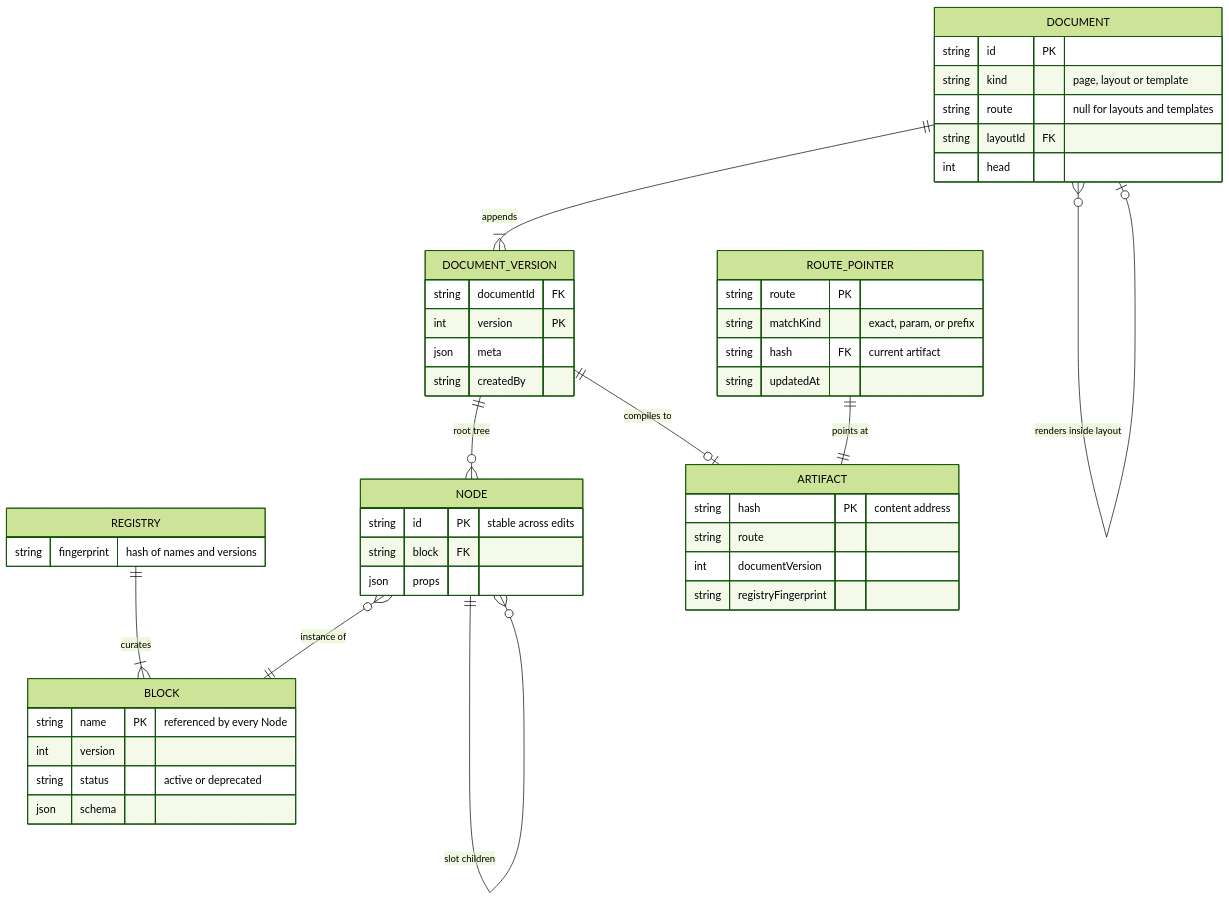
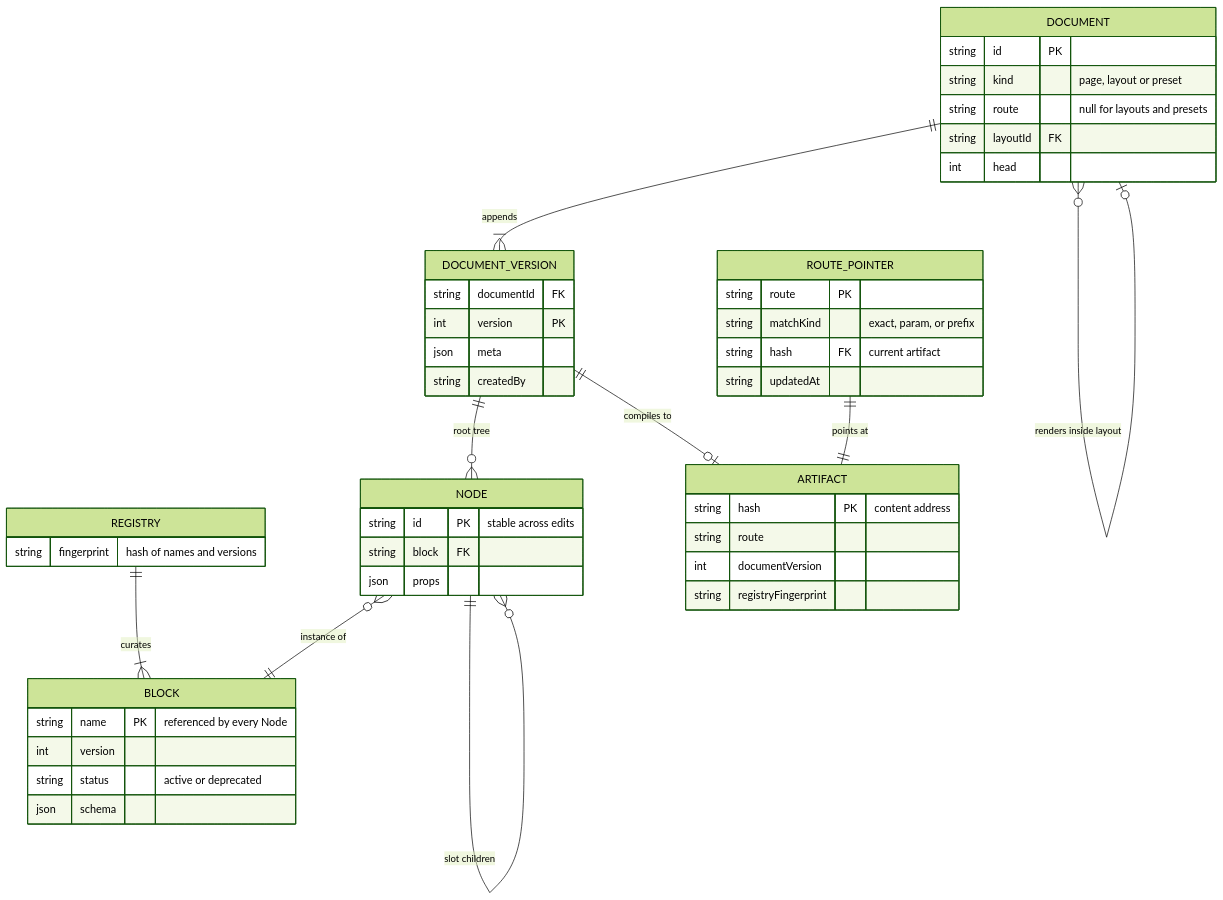
The first of 3 diagrams in docs/domain-model.md (effekt/halyard), drawn with Mermaid (forest theme) before and after one commit. The commit also changed other lines of this file and 2 other files, not shown here.

First line of the commit message:
docs(repo): settle the preset rename and the registry file naming

````diff
--- a/docs/domain-model.md
+++ b/docs/domain-model.md
@@ -22,51 +22,51 @@
 ```mermaid
 erDiagram
     REGISTRY ||--|{ BLOCK : curates
     NODE }o--|| BLOCK : "instance of"
     DOCUMENT ||--|{ DOCUMENT_VERSION : appends
     DOCUMENT_VERSION ||--o{ NODE : "root tree"
     NODE ||--o{ NODE : "slot children"
     DOCUMENT }o--o| DOCUMENT : "renders inside layout"
     DOCUMENT_VERSION ||--o| ARTIFACT : "compiles to"
     ROUTE_POINTER ||--|| ARTIFACT : "points at"
 
     BLOCK {
         string name PK "referenced by every Node"
         int version
         string status "active or deprecated"
         json schema
     }
     REGISTRY {
         string fingerprint "hash of names and versions"
     }
     DOCUMENT {
         string id PK
-        string kind "page, layout or template"
-        string route "null for layouts and templates"
+        string kind "page, layout or preset"
+        string route "null for layouts and presets"
         string layoutId FK
         int head
     }
     DOCUMENT_VERSION {
         string documentId FK
         int version PK
         json meta
         string createdBy
     }
     NODE {
         string id PK "stable across edits"
         string block FK
         json props
     }
     ARTIFACT {
         string hash PK "content address"
         string route
         int documentVersion
         string registryFingerprint
     }
     ROUTE_POINTER {
         string route PK
         string matchKind "exact, param, or prefix"
         string hash FK "current artifact"
         string updatedAt
     }
 ```
````
